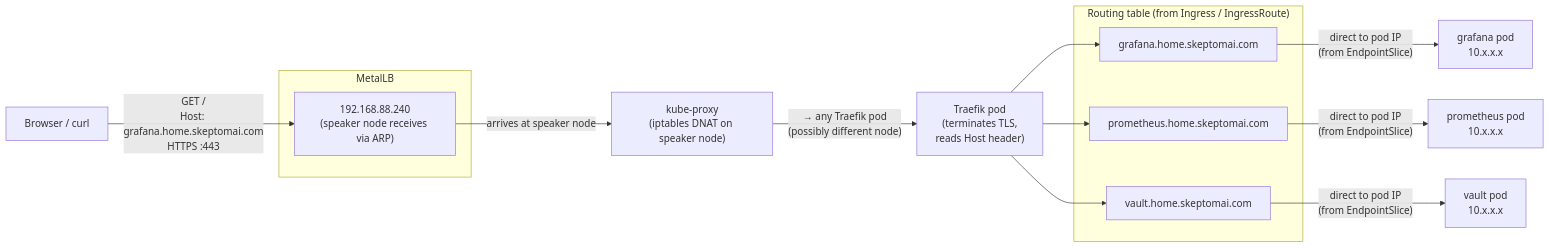
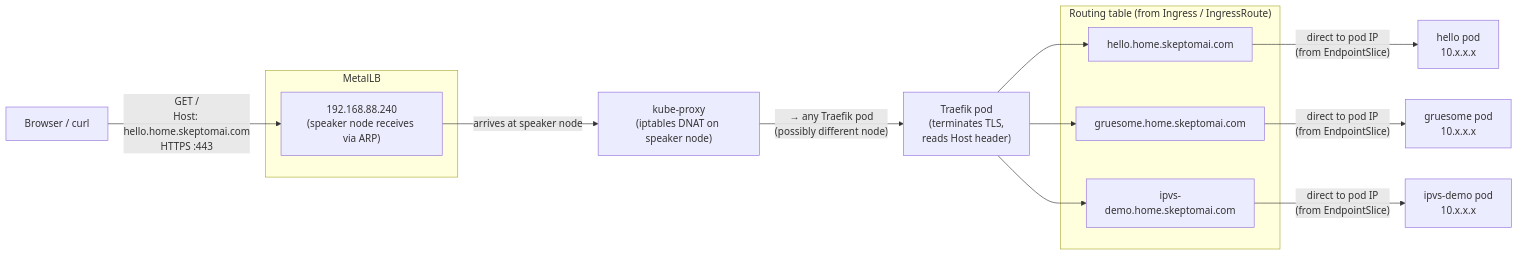
One commit to skeptomai/k3s-experiments changed the fourth of 5 diagrams in docs/vip-architecture.md. Above: the diagram before and after it, drawn with Mermaid. The commit also changed other lines of this file and 2 other files, not shown here.

````diff
--- a/docs/vip-architecture.md
+++ b/docs/vip-architecture.md
@@ -202,25 +202,25 @@
 ```mermaid
 graph LR
     client["Browser / curl"]
 
-    client -->|"GET /\nHost: grafana.home.skeptomai.com\nHTTPS :443"| vip
+    client -->|"GET /\nHost: hello.home.skeptomai.com\nHTTPS :443"| vip
 
     subgraph "MetalLB"
         vip["192.168.88.240\n(speaker node receives via ARP)"]
     end
 
     vip -->|"arrives at speaker node"| kp["kube-proxy\n(iptables DNAT on speaker node)"]
     kp -->|"→ any Traefik pod\n(possibly different node)"| traefik["Traefik pod\n(terminates TLS,\nreads Host header)"]
 
     subgraph "Routing table (from Ingress / IngressRoute)"
-        r1["grafana.home.skeptomai.com"]
-        r2["prometheus.home.skeptomai.com"]
-        r3["vault.home.skeptomai.com"]
+        r1["hello.home.skeptomai.com"]
+        r2["gruesome.home.skeptomai.com"]
+        r3["ipvs-demo.home.skeptomai.com"]
     end
 
     traefik --> r1 & r2 & r3
 
-    r1 -->|"direct to pod IP\n(from EndpointSlice)"| gp["grafana pod\n10.x.x.x"]
-    r2 -->|"direct to pod IP\n(from EndpointSlice)"| pp["prometheus pod\n10.x.x.x"]
-    r3 -->|"direct to pod IP\n(from EndpointSlice)"| vp["vault pod\n10.x.x.x"]
+    r1 -->|"direct to pod IP\n(from EndpointSlice)"| gp["hello pod\n10.x.x.x"]
+    r2 -->|"direct to pod IP\n(from EndpointSlice)"| pp["gruesome pod\n10.x.x.x"]
+    r3 -->|"direct to pod IP\n(from EndpointSlice)"| vp["ipvs-demo pod\n10.x.x.x"]
 ```
````
